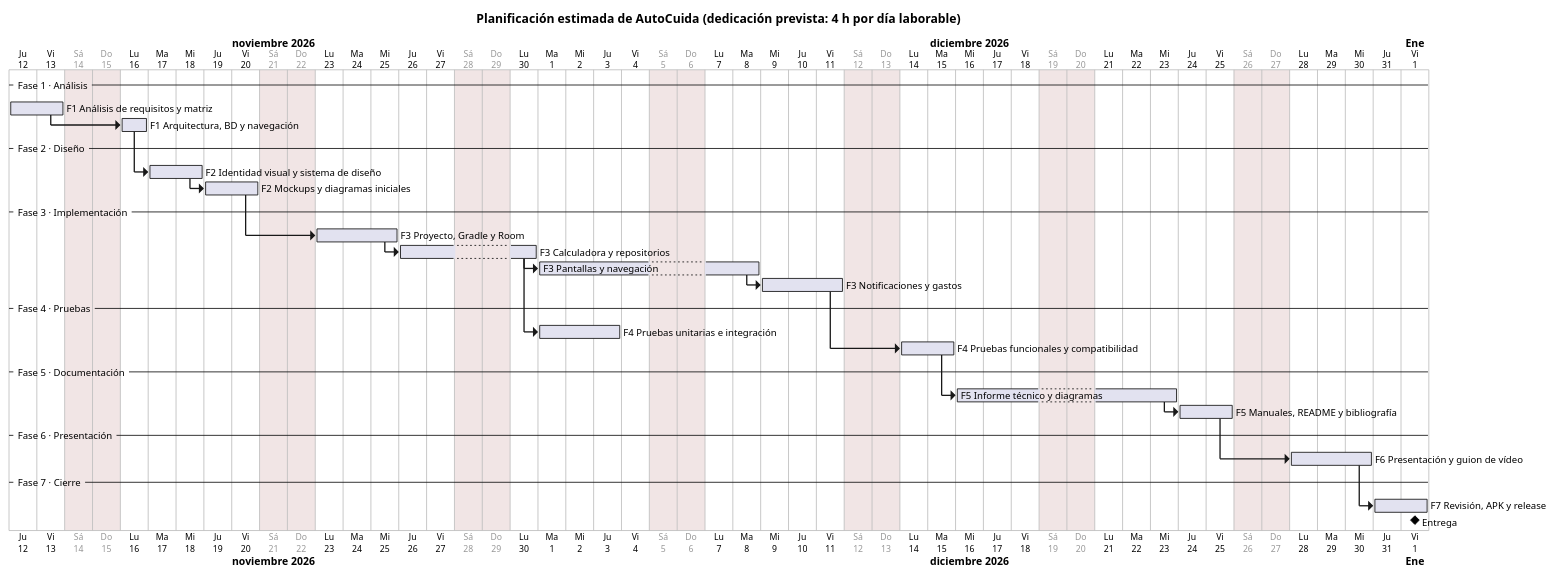
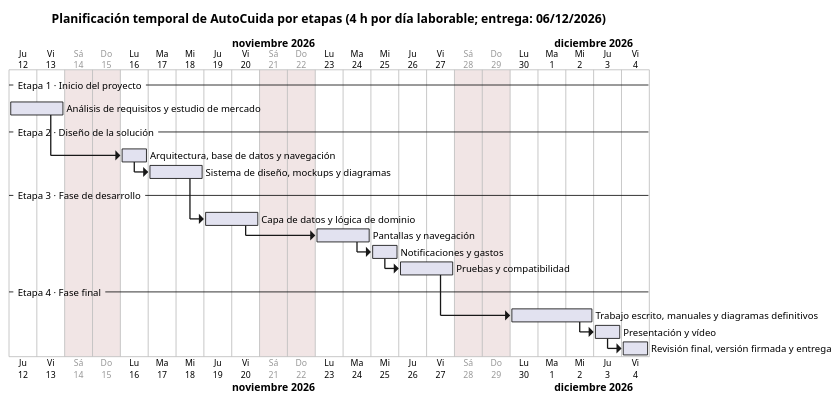
The diagram in documentacion/diagramas/07_gantt.puml (LilShaolin/AutoCuida), drawn with PlantUML before and after one commit. The commit also changed 12 other files, not shown here.

First line of the commit message:
Adaptar el trabajo escrito y la presentación a las plantillas oficiales

```diff
--- a/documentacion/diagramas/07_gantt.puml
+++ b/documentacion/diagramas/07_gantt.puml
@@ -1,51 +1,36 @@
 @startgantt 07_gantt
-title Planificación estimada de AutoCuida (dedicación prevista: 4 h por día laborable)
+title Planificación temporal de AutoCuida por etapas (4 h por día laborable; entrega: 06/12/2026)
 skinparam defaultFontName Arial
 language es
 printscale daily zoom 2
 saturday are closed
 sunday are closed
 Project starts 2026-11-12
 
--- Fase 1 · Análisis --
-[F1 Análisis de requisitos y matriz] as [A1] lasts 2 days
-[F1 Arquitectura, BD y navegación] as [A2] lasts 1 day
-[A2] starts at [A1]'s end
+-- Etapa 1 · Inicio del proyecto --
+[Análisis de requisitos y estudio de mercado] as [A1] lasts 2 days
 
--- Fase 2 · Diseño --
-[F2 Identidad visual y sistema de diseño] as [D1] lasts 2 days
-[D1] starts at [A2]'s end
-[F2 Mockups y diagramas iniciales] as [D2] lasts 2 days
+-- Etapa 2 · Diseño de la solución --
+[Arquitectura, base de datos y navegación] as [D1] lasts 1 day
+[D1] starts at [A1]'s end
+[Sistema de diseño, mockups y diagramas] as [D2] lasts 2 days
 [D2] starts at [D1]'s end
 
--- Fase 3 · Implementación --
-[F3 Proyecto, Gradle y Room] as [I1] lasts 3 days
+-- Etapa 3 · Fase de desarrollo --
+[Capa de datos y lógica de dominio] as [I1] lasts 2 days
 [I1] starts at [D2]'s end
-[F3 Calculadora y repositorios] as [I2] lasts 3 days
+[Pantallas y navegación] as [I2] lasts 2 days
 [I2] starts at [I1]'s end
-[F3 Pantallas y navegación] as [I3] lasts 6 days
+[Notificaciones y gastos] as [I3] lasts 1 day
 [I3] starts at [I2]'s end
-[F3 Notificaciones y gastos] as [I4] lasts 3 days
+[Pruebas y compatibilidad] as [I4] lasts 2 days
 [I4] starts at [I3]'s end
 
--- Fase 4 · Pruebas --
-[F4 Pruebas unitarias e integración] as [P1] lasts 3 days
-[P1] starts at [I2]'s end
-[F4 Pruebas funcionales y compatibilidad] as [P2] lasts 2 days
-[P2] starts at [I4]'s end
-
--- Fase 5 · Documentación --
-[F5 Informe técnico y diagramas] as [C1] lasts 6 days
-[C1] starts at [P2]'s end
-[F5 Manuales, README y bibliografía] as [C2] lasts 2 days
-[C2] starts at [C1]'s end
-
--- Fase 6 · Presentación --
-[F6 Presentación y guion de vídeo] as [V1] lasts 3 days
-[V1] starts at [C2]'s end
-
--- Fase 7 · Cierre --
-[F7 Revisión, APK y release] as [Z1] lasts 2 days
-[Z1] starts at [V1]'s end
-[Entrega] happens at [Z1]'s end
+-- Etapa 4 · Fase final --
+[Trabajo escrito, manuales y diagramas definitivos] as [F1] lasts 3 days
+[F1] starts at [I4]'s end
+[Presentación y vídeo] as [F2] lasts 1 day
+[F2] starts at [F1]'s end
+[Revisión final, versión firmada y entrega] as [F3] lasts 1 day
+[F3] starts at [F2]'s end
 @endgantt
```
